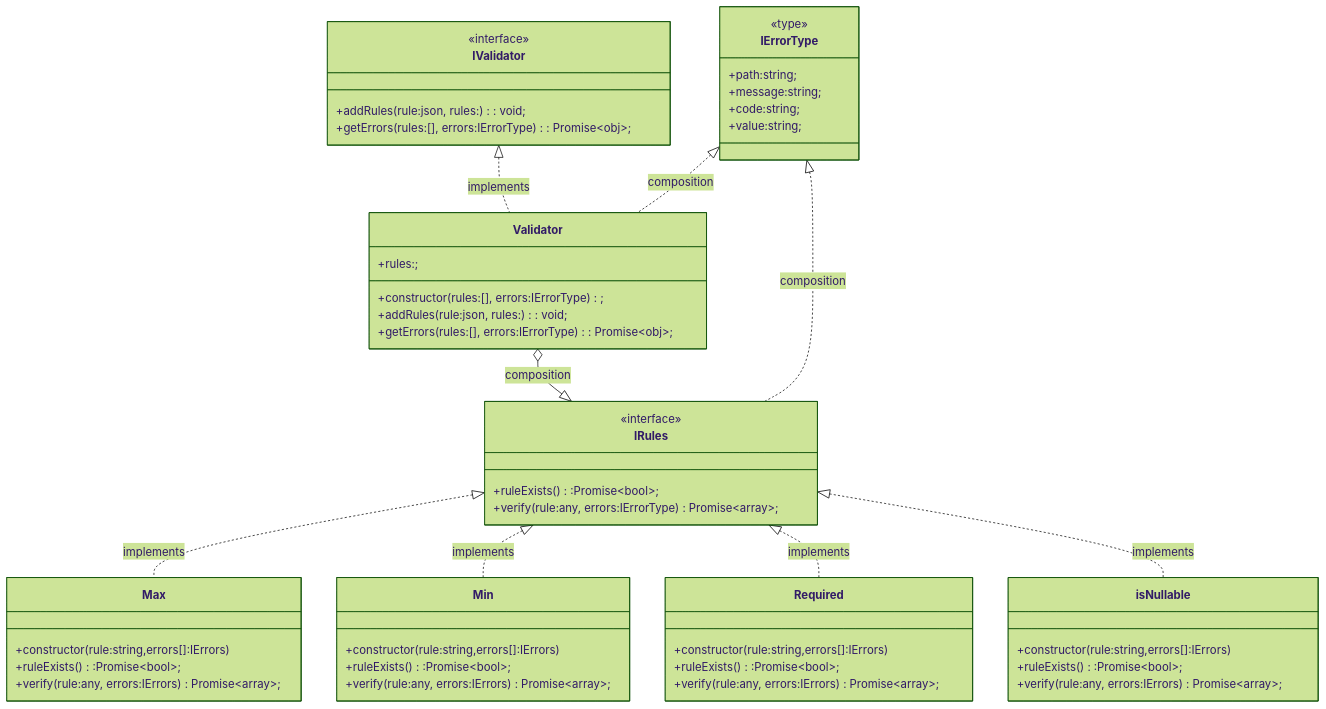
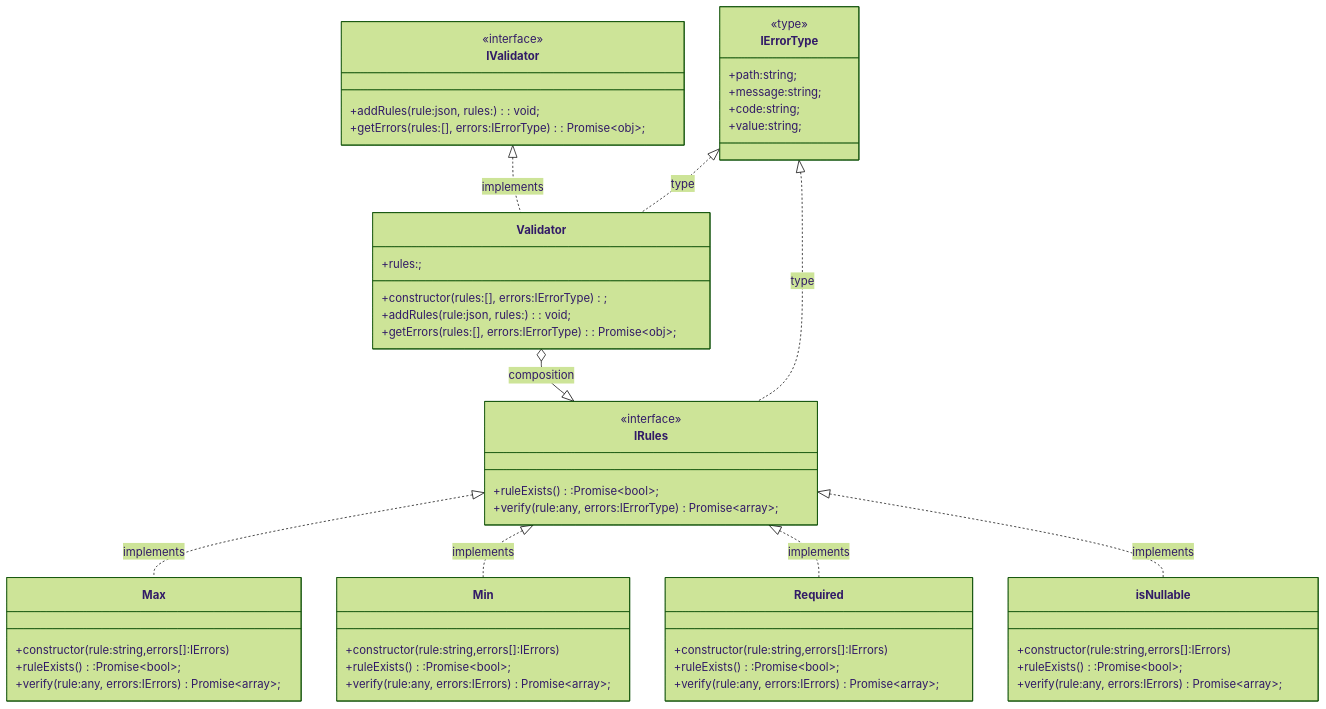
The diagram in readme.md (almas-alright/groots-validator), drawn with Mermaid (forest theme) before and after one commit.

Commit message:
UPDATE: class diagram

````diff
--- a/readme.md
+++ b/readme.md
@@ -12,62 +12,64 @@
 ```mermaid
 classDiagram
 
     class IValidator{
         <<interface>>
         +addRules(rule:json, rules:<rules IRules>): void;
         +getErrors(rules:[], errors:IErrorType): Promise~obj~;
     }
 
     IValidator <|.. Validator : implements
     Validator o--|> IRules : composition
-    IErrorType <|.. Validator : composition
+    IErrorType <|.. Validator : type
     class Validator{
         +rules:<rules IRules>;
         +constructor(rules:[], errors:IErrorType);
         +addRules(rule:json, rules:<rules IRules>): void;
         +getErrors(rules:[], errors:IErrorType): Promise~obj~;
     }
 
     class IErrorType{
         <<type>>
         +path:string;
         +message:string;
         +code:string;
         +value:string;
     }
 
-    IErrorType <|.. IRules : composition
+    IErrorType <|.. IRules : type
     class IRules{
         <<interface>>
         +ruleExists():Promise~bool~;
         +verify(rule:any, errors:IErrorType) Promise~array~;
     }
 
     IRules <|.. Max : implements
     class Max{
         +constructor(rule:string,errors[]:IErrors)
         +ruleExists():Promise~bool~;
         +verify(rule:any, errors:IErrors) Promise~array~;
     }
 
     IRules <|.. Min : implements
     class Min{
         +constructor(rule:string,errors[]:IErrors)
         +ruleExists():Promise~bool~;
         +verify(rule:any, errors:IErrors) Promise~array~;
     }
 
     IRules <|.. Required : implements
     class Required{
         +constructor(rule:string,errors[]:IErrors)
         +ruleExists():Promise~bool~;
         +verify(rule:any, errors:IErrors) Promise~array~;
     }
 
     IRules <|.. isNullable : implements
     class isNullable{
         +constructor(rule:string,errors[]:IErrors)
         +ruleExists():Promise~bool~;
         +verify(rule:any, errors:IErrors) Promise~array~;
     }
+
+
 ```
````
